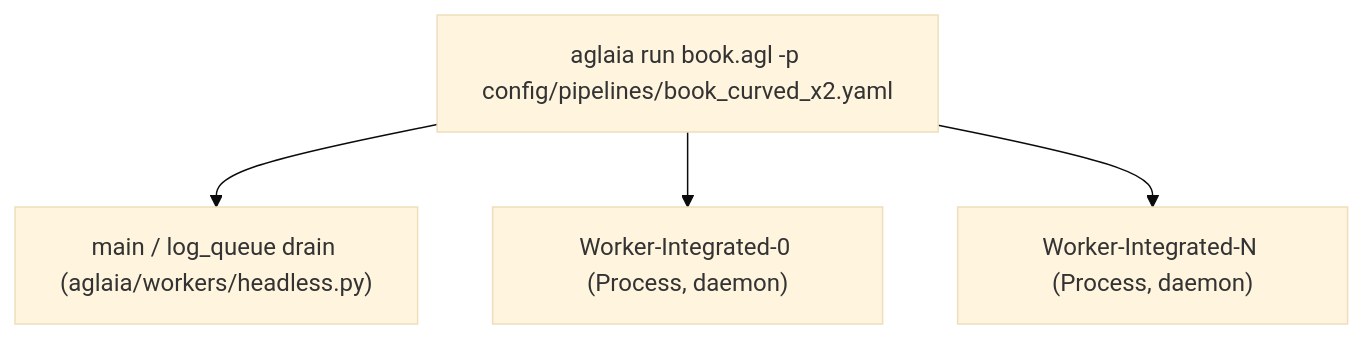
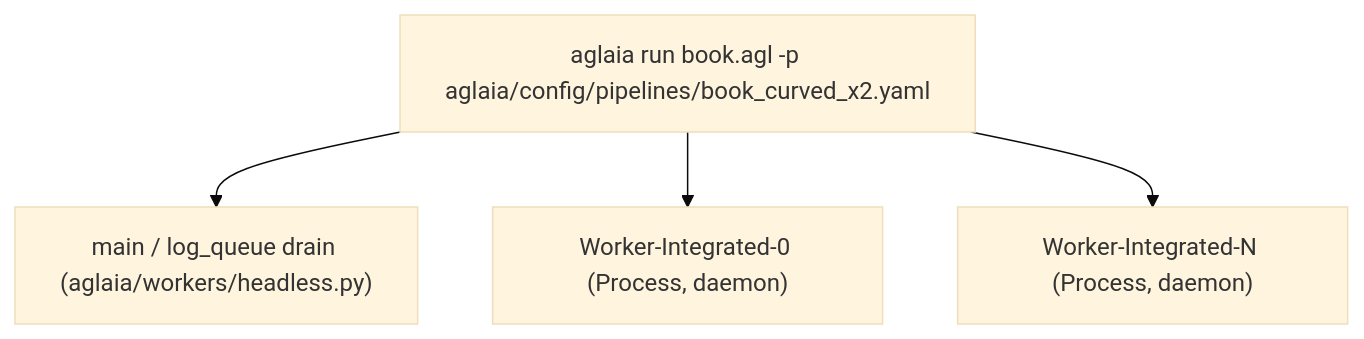
One commit to yb85/aglaia changed the third of 3 diagrams in docs/architecture.md. Above: the diagram before and after it, drawn with Mermaid (base theme). The commit also changed other lines of this file and 28 other files, not shown here.

````diff
--- a/docs/architecture.md
+++ b/docs/architecture.md
@@ -141,10 +141,10 @@
 ```mermaid
 flowchart TD
-    Root["aglaia run book.agl -p config/pipelines/book_curved_x2.yaml"]
+    Root["aglaia run book.agl -p aglaia/config/pipelines/book_curved_x2.yaml"]
     Main["main / log_queue drain (aglaia/workers/headless.py)"]
     W0["Worker-Integrated-0 (Process, daemon)"]
     WN["Worker-Integrated-N (Process, daemon)"]
     Root --> Main
     Root --> W0
     Root --> WN
 ```
````
